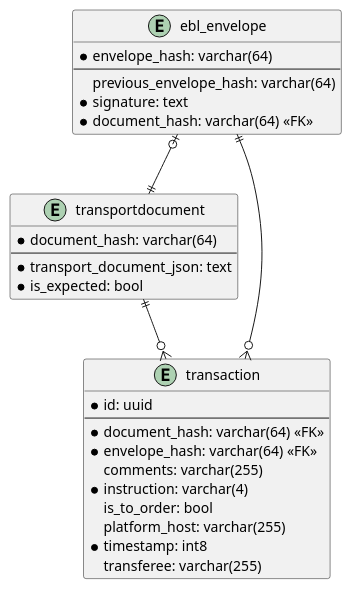
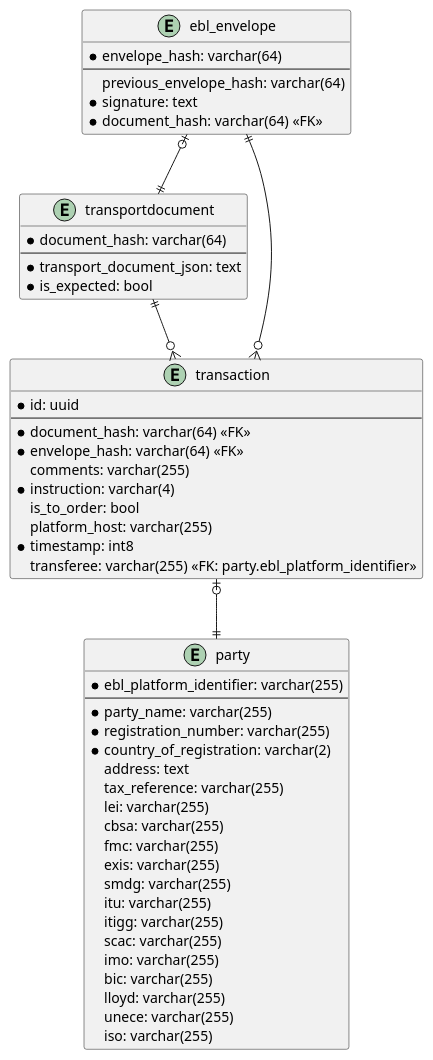
Before and after one commit to dcsaorg/DCSA-EBL-Envelope: the diagram in specifications/plantuml/datamodel.puml, drawn with PlantUML. The commit also changed 1 other file, not shown here.

Commit message:
updated ERD to include party entity

```diff
--- a/specifications/plantuml/datamodel.puml
+++ b/specifications/plantuml/datamodel.puml
@@ -1,34 +1,58 @@
 @startuml
   entity transportdocument {
     *document_hash: varchar(64)
     --
     *transport_document_json: text
     *is_expected: bool
   }
 
   entity ebl_envelope {
     *envelope_hash: varchar(64)
     --
     previous_envelope_hash: varchar(64)
     *signature: text
     *document_hash: varchar(64) <<FK>>
   }
 
   entity transaction {
     *id: uuid
     --
     *document_hash: varchar(64) <<FK>>
     *envelope_hash: varchar(64) <<FK>>
     comments: varchar(255)
     *instruction: varchar(4)
     is_to_order: bool
     platform_host: varchar(255)
     *timestamp: int8
-    transferee: varchar(255)
+    transferee: varchar(255) <<FK: party.ebl_platform_identifier>>
+  }
+
+  entity party {
+    *ebl_platform_identifier: varchar(255)
+    --
+    *party_name: varchar(255)
+    *registration_number: varchar(255)
+    *country_of_registration: varchar(2)
+    address: text
+    tax_reference: varchar(255)
+    lei: varchar(255)
+    cbsa: varchar(255)
+    fmc: varchar(255)
+    exis: varchar(255)
+    smdg: varchar(255)
+    itu: varchar(255)
+    itigg: varchar(255)
+    scac: varchar(255)
+    imo: varchar(255)
+    bic: varchar(255)
+    lloyd: varchar(255)
+    unece: varchar(255)
+    iso: varchar(255)
   }
 
   ' relations
   ebl_envelope ||--o{ transaction
   ebl_envelope |o--|| transportdocument
   transportdocument ||--o{ transaction
+  transaction |o--|| party
 @enduml
```
